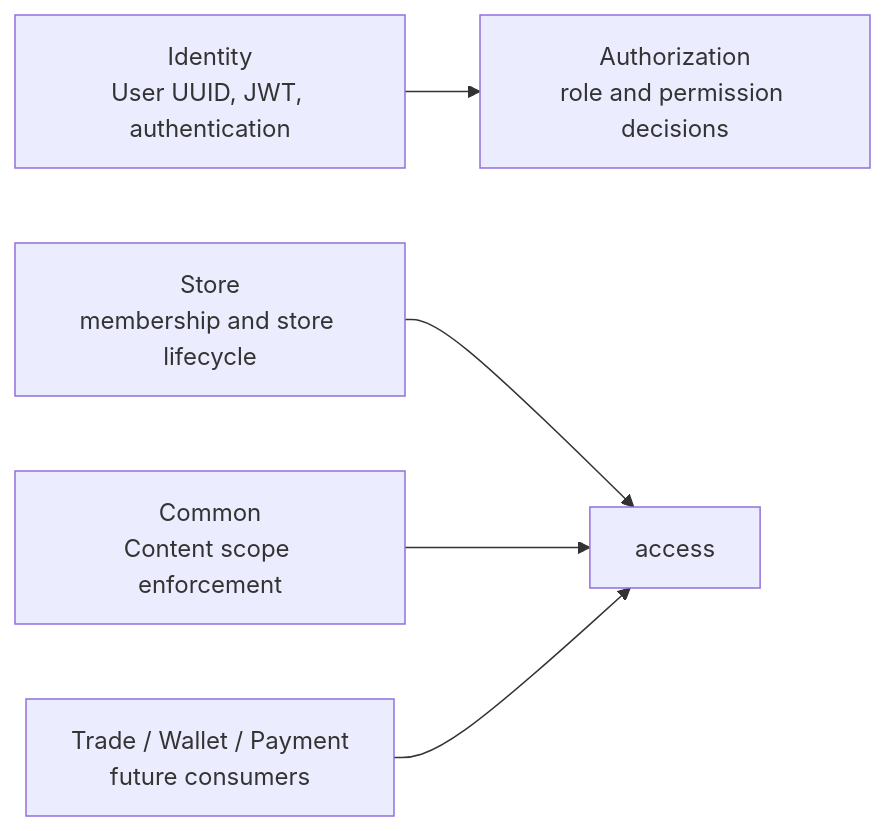
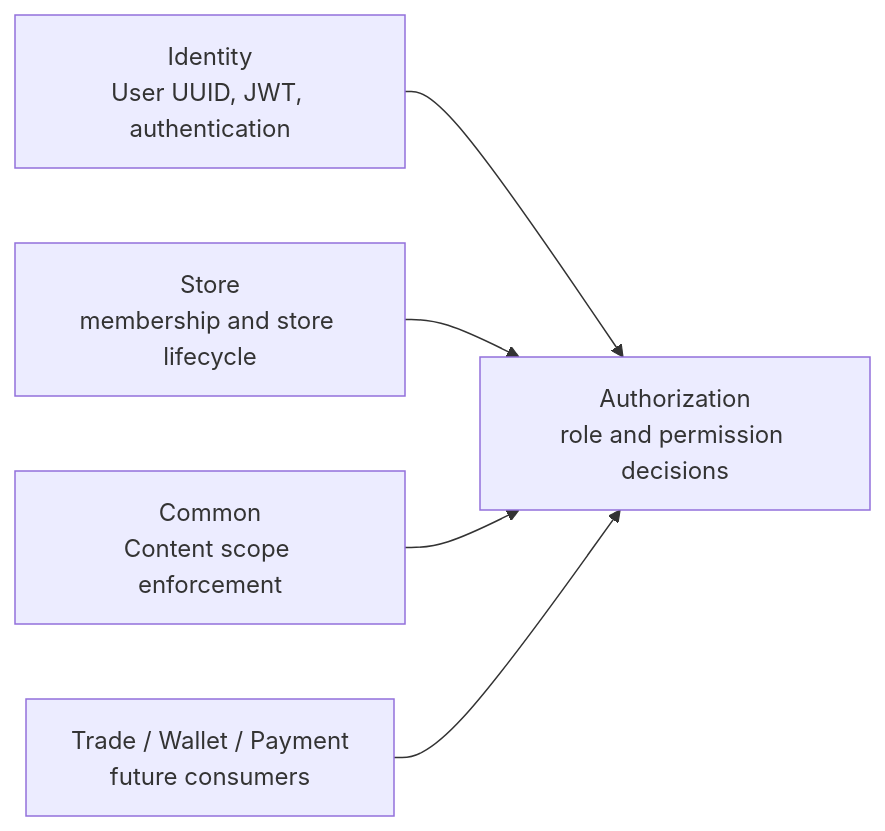
One commit to dream-studio-china/edc-online-membership changed the first of 2 diagrams in docs/design/bundles/authorization.md. Above: the diagram before and after it, drawn with Mermaid. The commit also changed other lines of this file and 45 other files, not shown here.

````diff
--- a/docs/design/bundles/authorization.md
+++ b/docs/design/bundles/authorization.md
@@ -145,7 +145,7 @@
 ```mermaid
 flowchart LR
     identity["Identity<br/>User UUID, JWT, authentication"] --> authorization["Authorization<br/>role and permission decisions"]
-    store["Store<br/>membership and store lifecycle"] --> access
-    common["Common<br/>Content scope enforcement"] --> access
-    trade["Trade / Wallet / Payment<br/>future consumers"] --> access
+    store["Store<br/>membership and store lifecycle"] --> authorization
+    common["Common<br/>Content scope enforcement"] --> authorization
+    trade["Trade / Wallet / Payment<br/>future consumers"] --> authorization
 ```
````
